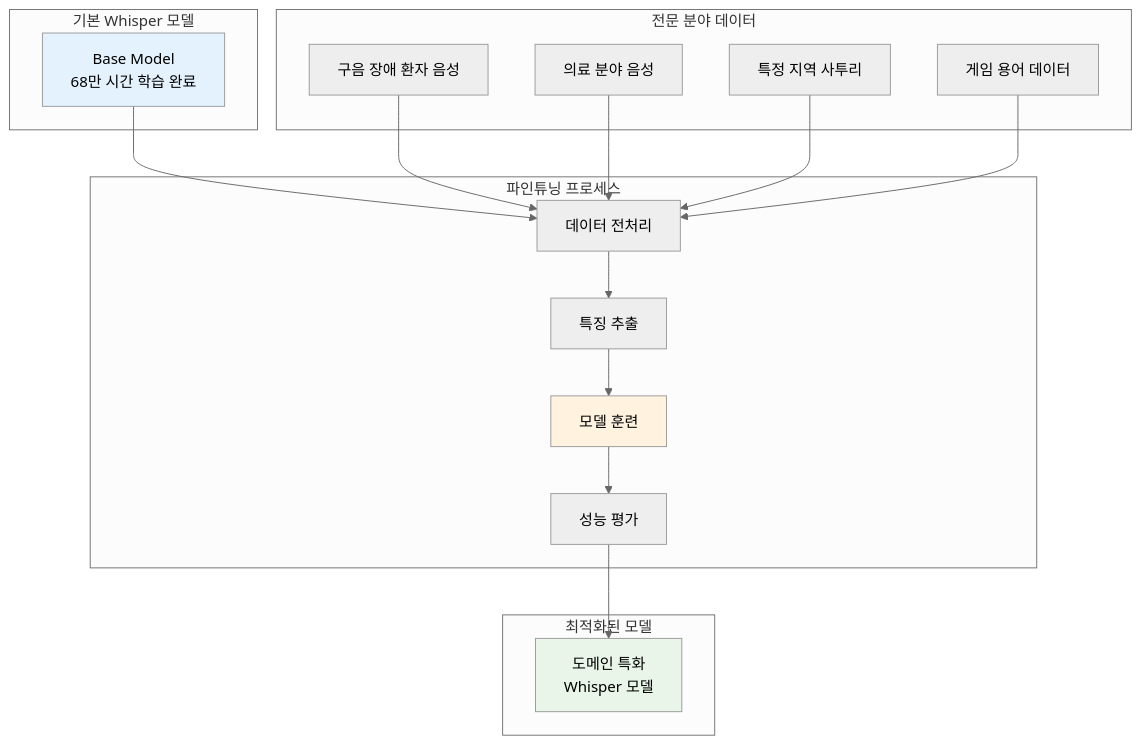
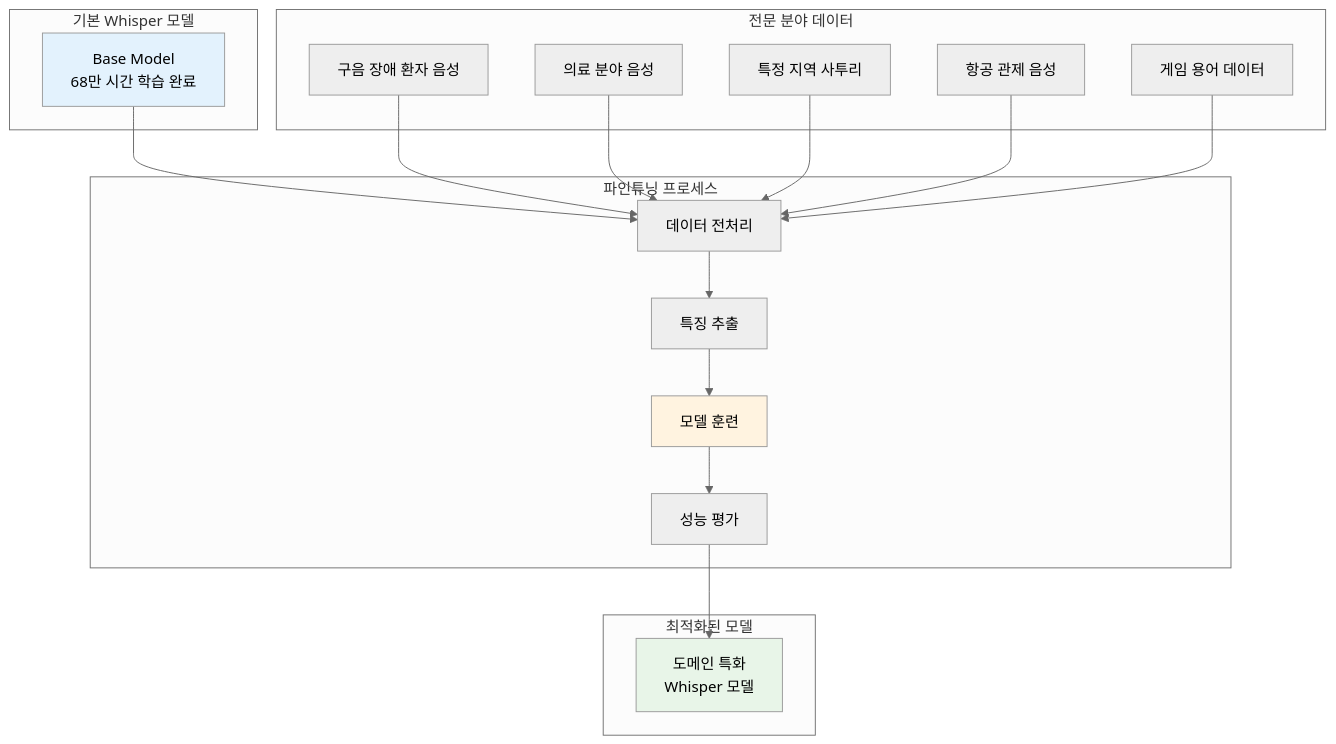
One commit to welnailetter-bot/welnailetter-bot.github.io changed the fourth of 10 diagrams in _posts/2025-08-04-openai-whisper-comprehensive-guide.md. Above: the diagram before and after it, drawn with Mermaid (neutral theme). The commit also changed other lines of this file and 6 other files, not shown here.

```diff
--- a/_posts/2025-08-04-openai-whisper-comprehensive-guide.md
+++ b/_posts/2025-08-04-openai-whisper-comprehensive-guide.md
@@ -163,39 +169,41 @@
 <div class="mermaid">
 graph TB
     subgraph BaseModel["기본 Whisper 모델"]
         A[Base Model<br/>68만 시간 학습 완료]
     end
     
     subgraph DomainData["전문 분야 데이터"]
         B[구음 장애 환자 음성]
         C[의료 분야 음성]
         D[특정 지역 사투리]
-        E[게임 용어 데이터]
+        E[항공 관제 음성]
+        K[게임 용어 데이터]
     end
     
     subgraph FineTuning["파인튜닝 프로세스"]
         F[데이터 전처리]
         G[특징 추출]
         H[모델 훈련]
         I[성능 평가]
     end
     
     subgraph OptimizedModel["최적화된 모델"]
         J[도메인 특화<br/>Whisper 모델]
     end
     
     A --> F
     B --> F
     C --> F
     D --> F
     E --> F
+    K --> F
     
     F --> G
     G --> H
     H --> I
     I --> J
     
     style A fill:#e3f2fd
     style J fill:#e8f5e8
     style H fill:#fff3e0
 </div>
```
